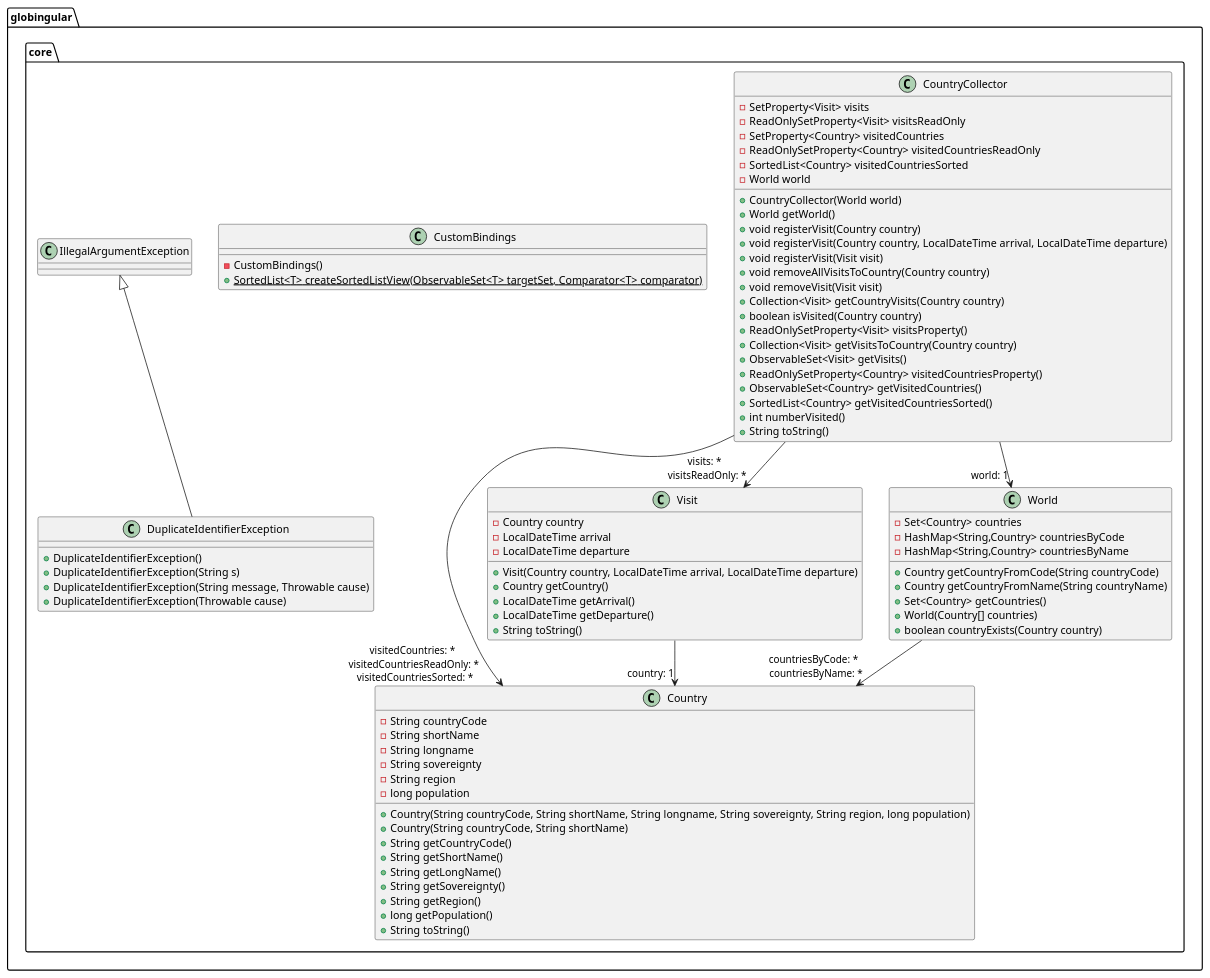
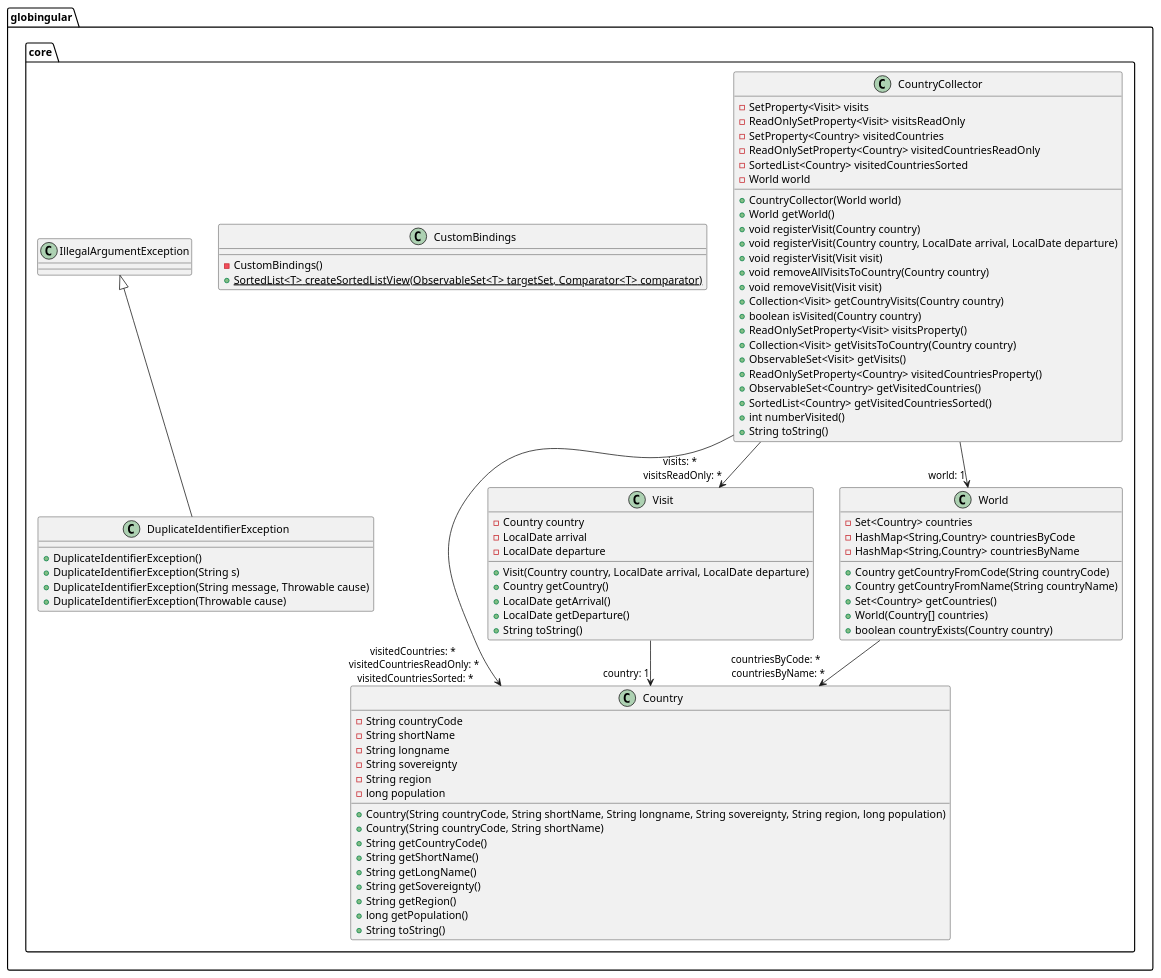
One commit to dotClique/globingular changed the diagram in globingular/core/diagrams/README.md. Above: the diagram before and after it, drawn with PlantUML. The commit also changed 9 other files, not shown here.

Commit message:
Change Visit to only store date, not time

```diff
--- a/globingular/core/diagrams/README.md
+++ b/globingular/core/diagrams/README.md
@@ -33,7 +33,7 @@
 		+CountryCollector(World world)
 		+World getWorld()
 		+void registerVisit(Country country)
-		+void registerVisit(Country country, LocalDateTime arrival, LocalDateTime departure)
+		+void registerVisit(Country country, LocalDate arrival, LocalDate departure)
 		+void registerVisit(Visit visit)
 		+void removeAllVisitsToCountry(Country country)
 		+void removeVisit(Visit visit)
@@ -66,12 +66,12 @@
 	
 	class Visit [[java:globingular.core.Visit]] {
 		-Country country
-		-LocalDateTime arrival
-		-LocalDateTime departure
-		+Visit(Country country, LocalDateTime arrival, LocalDateTime departure)
+		-LocalDate arrival
+		-LocalDate departure
+		+Visit(Country country, LocalDate arrival, LocalDate departure)
 		+Country getCountry()
-		+LocalDateTime getArrival()
-		+LocalDateTime getDeparture()
+		+LocalDate getArrival()
+		+LocalDate getDeparture()
 		+String toString()
 	}
 	
```
